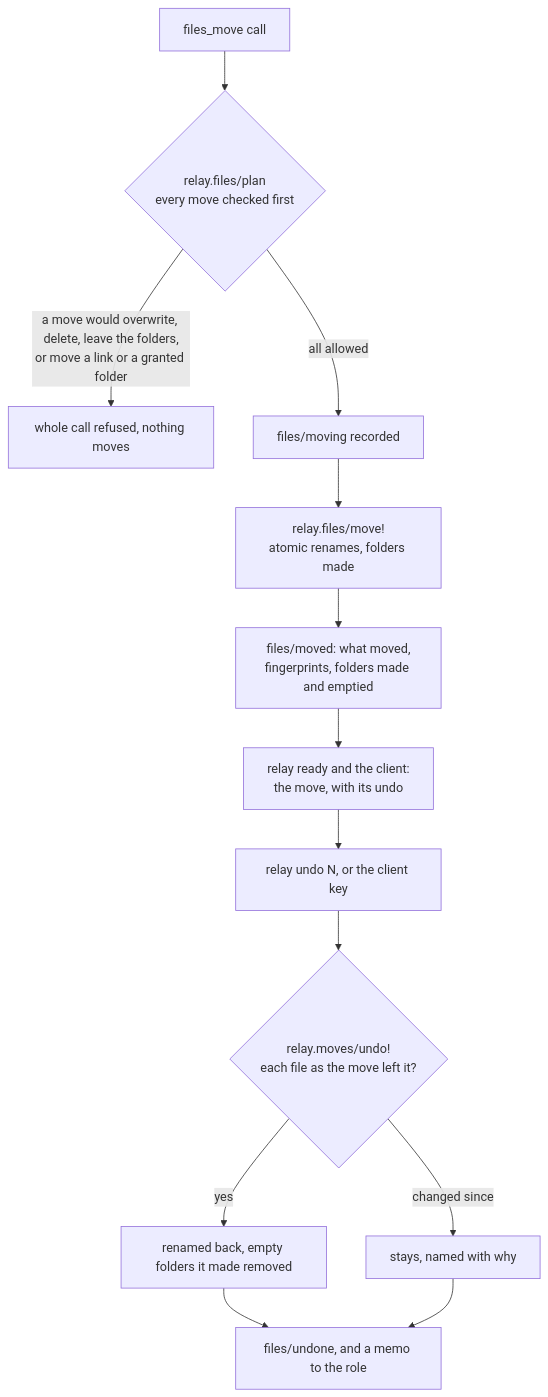
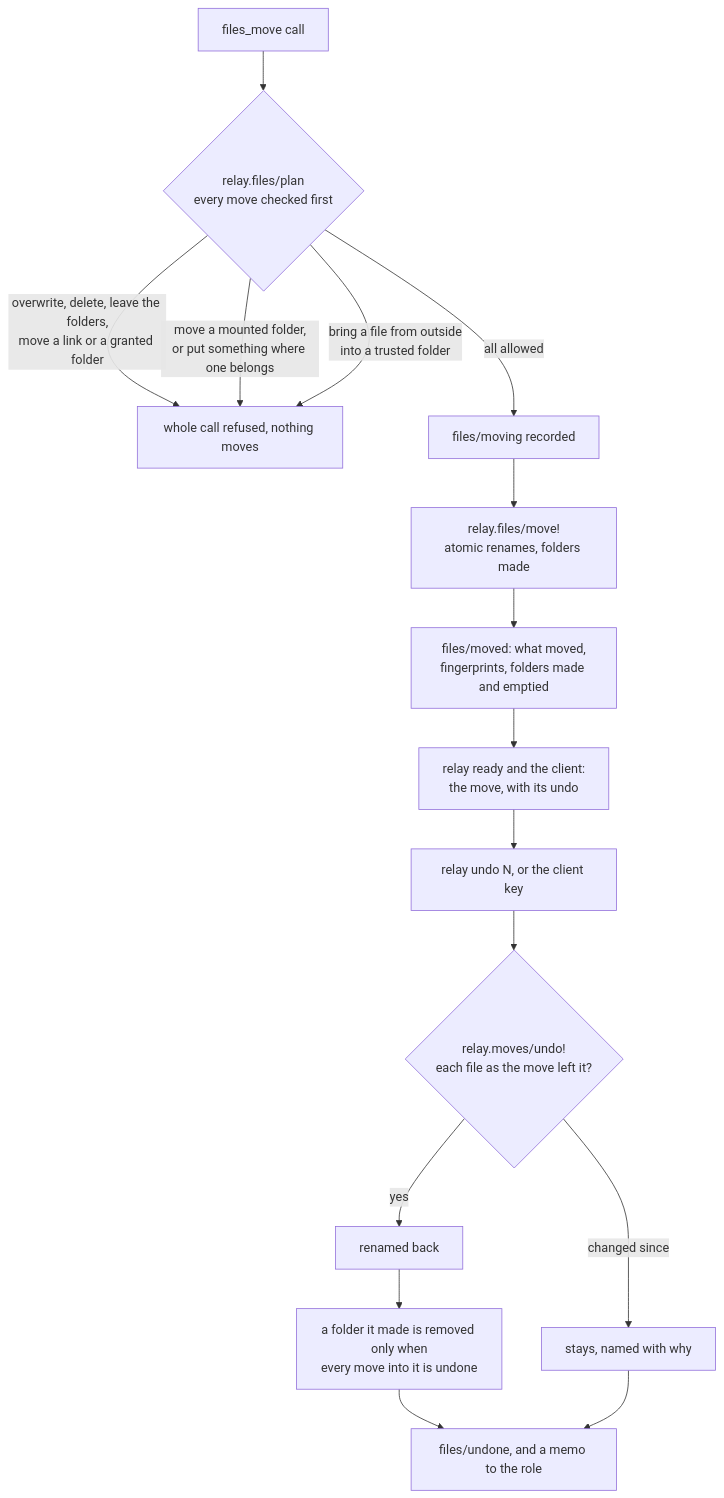
Before and after one commit to kirahowe/relay: diagram 14 of 16 in docs/architecture.md, drawn with Mermaid. The commit also changed other lines of this file, not shown here.

First line of the commit message:
Bring the architecture page up to date with main

````diff
--- a/docs/architecture.md
+++ b/docs/architecture.md
@@ -442,15 +590,18 @@
 ```mermaid
 flowchart TB
     call["files_move call"] --> plan{"relay.files/plan<br/>every move checked first"}
-    plan -->|"a move would overwrite, delete, leave the folders,<br/>or move a link or a granted folder"| refuse["whole call refused, nothing moves"]
+    plan -->|"overwrite, delete, leave the folders,<br/>move a link or a granted folder"| refuse["whole call refused, nothing moves"]
+    plan -->|"move a mounted folder,<br/>or put something where one belongs"| refuse
+    plan -->|"bring a file from outside<br/>into a trusted folder"| refuse
     plan -->|"all allowed"| moving["files/moving recorded"]
     moving --> move["relay.files/move!<br/>atomic renames, folders made"]
     move --> moved["files/moved: what moved,<br/>fingerprints, folders made and emptied"]
     moved --> ready["relay ready and the client:<br/>the move, with its undo"]
     ready --> undo["relay undo N, or the client key"]
     undo --> check{"relay.moves/undo!<br/>each file as the move left it?"}
-    check -->|"yes"| back["renamed back, empty folders it made removed"]
+    check -->|"yes"| back["renamed back"]
     check -->|"changed since"| stay["stays, named with why"]
-    back --> undone["files/undone, and a memo to the role"]
+    back --> sweep["a folder it made is removed only when<br/>every move into it is undone"]
+    sweep --> undone["files/undone, and a memo to the role"]
     stay --> undone
 ```
````
